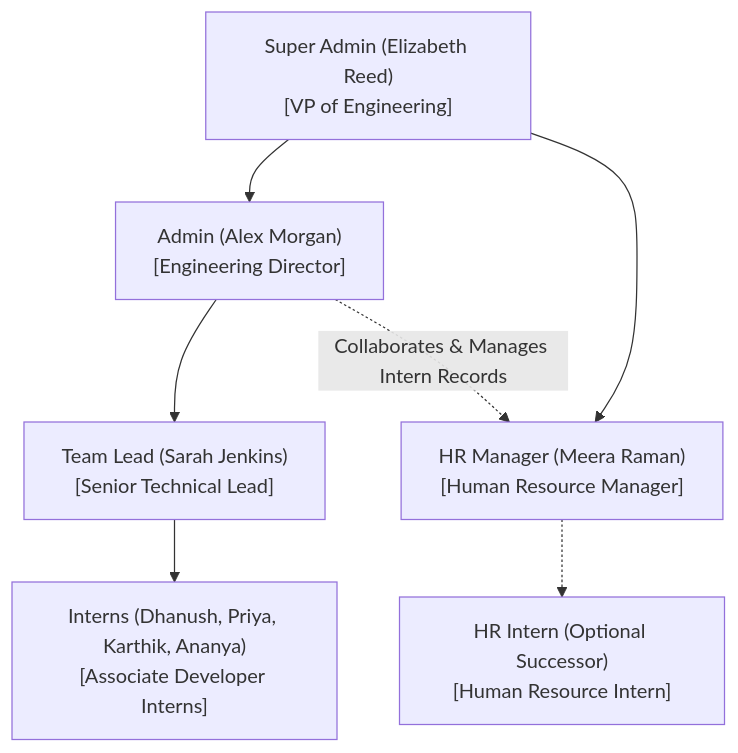
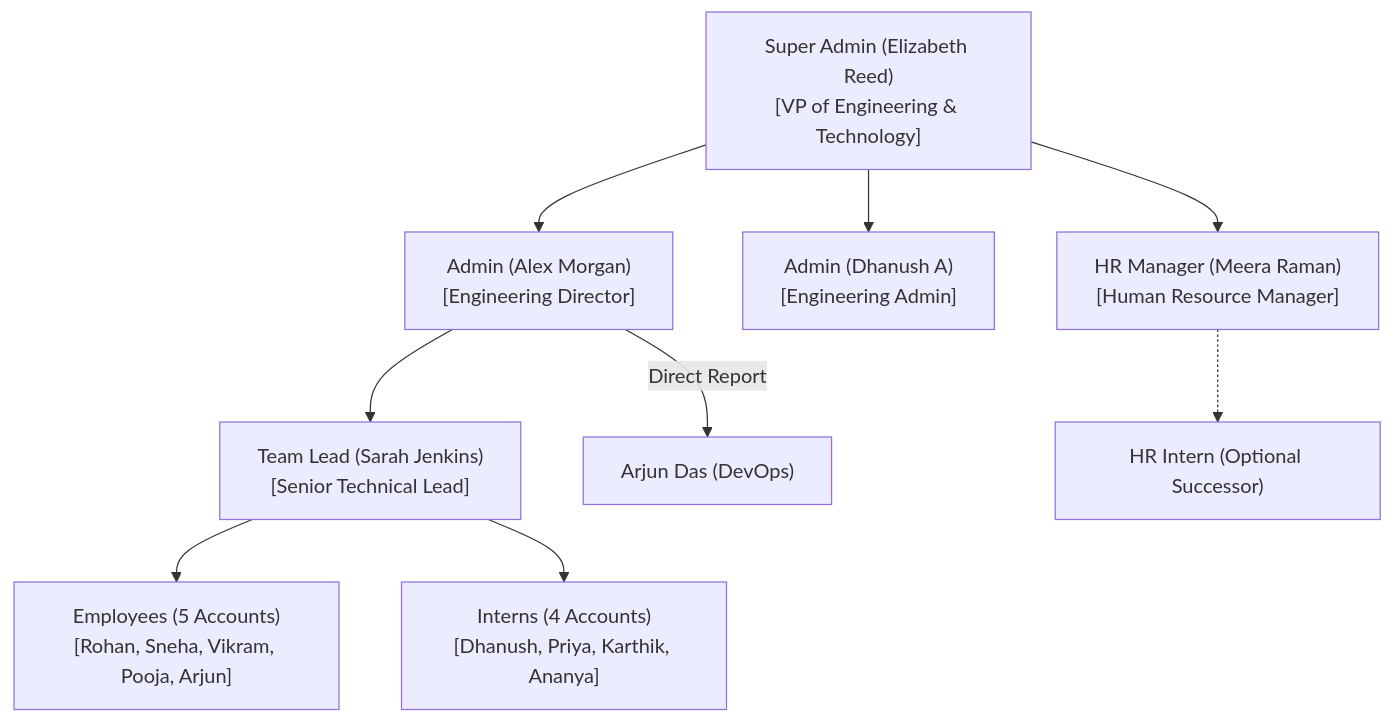
Before and after one commit to DhanushA1307/task-tracking-system: the second of 2 diagrams in .gemini/GEMINI.md, drawn with Mermaid. The commit also changed other lines of this file and 13 other files, not shown here.

````diff
--- a/.gemini/GEMINI.md
+++ b/.gemini/GEMINI.md
@@ -29,16 +62,20 @@
 ```mermaid
 flowchart TD
-    SA["Super Admin (Elizabeth Reed)\n[VP of Engineering]"]
-    ADM["Admin (Alex Morgan)\n[Engineering Director]"]
+    SA["Super Admin (Elizabeth Reed)\n[VP of Engineering & Technology]"]
+    ADM1["Admin (Alex Morgan)\n[Engineering Director]"]
+    ADM2["Admin (Dhanush A)\n[Engineering Admin]"]
+    HR["HR Manager (Meera Raman)\n[Human Resource Manager]"]
     TL["Team Lead (Sarah Jenkins)\n[Senior Technical Lead]"]
-    INT["Interns (Dhanush, Priya, Karthik, Ananya)\n[Associate Developer Interns]"]
-    HR["HR Manager (Meera Raman)\n[Human Resource Manager]"]
-    HRI["HR Intern (Optional Successor)\n[Human Resource Intern]"]
+    EMP["Employees (5 Accounts)\n[Rohan, Sneha, Vikram, Pooja, Arjun]"]
+    INT["Interns (4 Accounts)\n[Dhanush, Priya, Karthik, Ananya]"]
+    HRI["HR Intern (Optional Successor)"]
 
-    SA --> ADM
-    ADM --> TL
+    SA --> ADM1
+    SA --> ADM2
+    SA --> HR
+    ADM1 --> TL
+    ADM1 -->|"Direct Report"| EMP5["Arjun Das (DevOps)"]
+    TL --> EMP
     TL --> INT
-    SA --> HR
     HR -.-> HRI
-    ADM -.->|"Collaborates & Manages Intern Records"| HR
 ```
````
